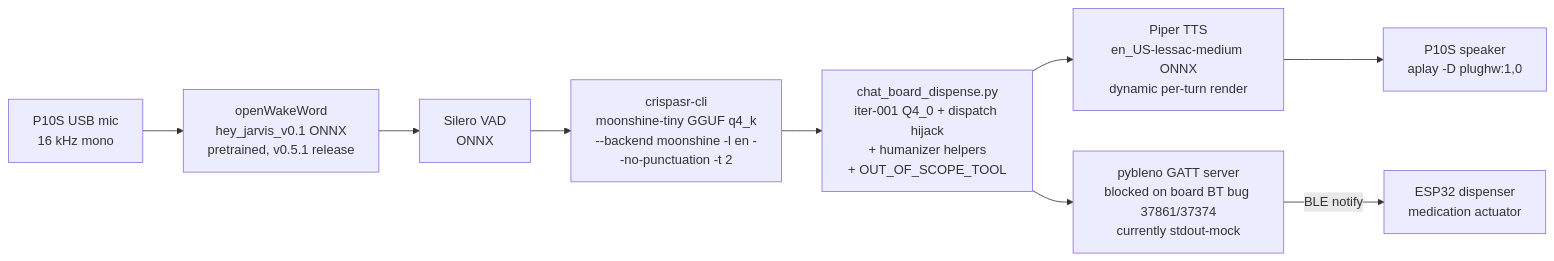
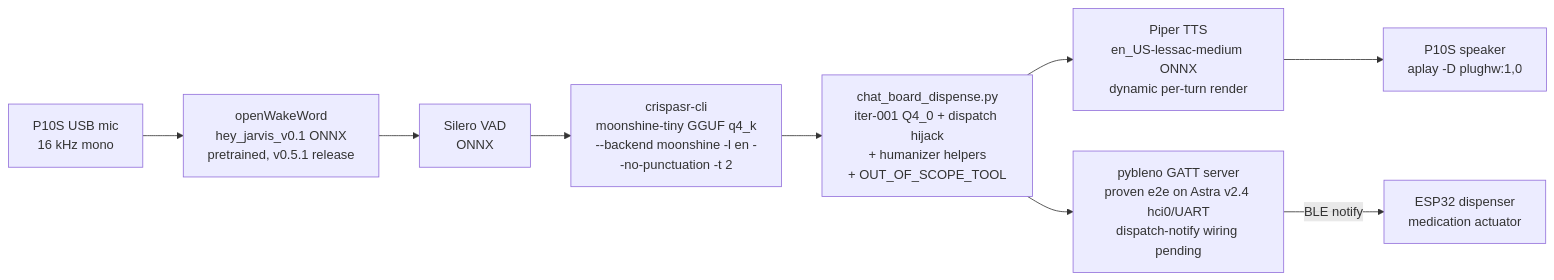
Before and after one commit to lanhp-vn/SL2619-EdgeAI-FunctionGemma-270M-int4-health-tools: the second of 5 diagrams in README.md, drawn with Mermaid. The commit also changed other lines of this file and 3 other files, not shown here.

First line of the commit message:
docs: refresh for BLE-proven status, .239 board IP; quiet synaptic-sl2619 submodule

````diff
--- a/README.md
+++ b/README.md
@@ -89,15 +89,15 @@
 ```mermaid
 flowchart LR
     MIC[P10S USB mic<br/>16 kHz mono]
     WAKE[openWakeWord<br/>hey_jarvis_v0.1 ONNX<br/>pretrained, v0.5.1 release]
     VAD[Silero VAD<br/>ONNX]
     STT[crispasr-cli<br/>moonshine-tiny GGUF q4_k<br/>--backend moonshine -l en --no-punctuation -t 2]
     BRAIN[chat_board_dispense.py<br/>iter-001 Q4_0 + dispatch hijack<br/>+ humanizer helpers<br/>+ OUT_OF_SCOPE_TOOL]
     TTS[Piper TTS<br/>en_US-lessac-medium ONNX<br/>dynamic per-turn render]
     SPK[P10S speaker<br/>aplay -D plughw:1,0]
-    BLE[pybleno GATT server<br/>blocked on board BT bug 37861/37374<br/>currently stdout-mock]
+    BLE[pybleno GATT server<br/>proven e2e on Astra v2.4 hci0/UART<br/>dispatch-notify wiring pending]
     ESP[ESP32 dispenser<br/>medication actuator]
     MIC --> WAKE --> VAD --> STT --> BRAIN
     BRAIN --> TTS --> SPK
     BRAIN --> BLE -- BLE notify --> ESP
 ```
````
